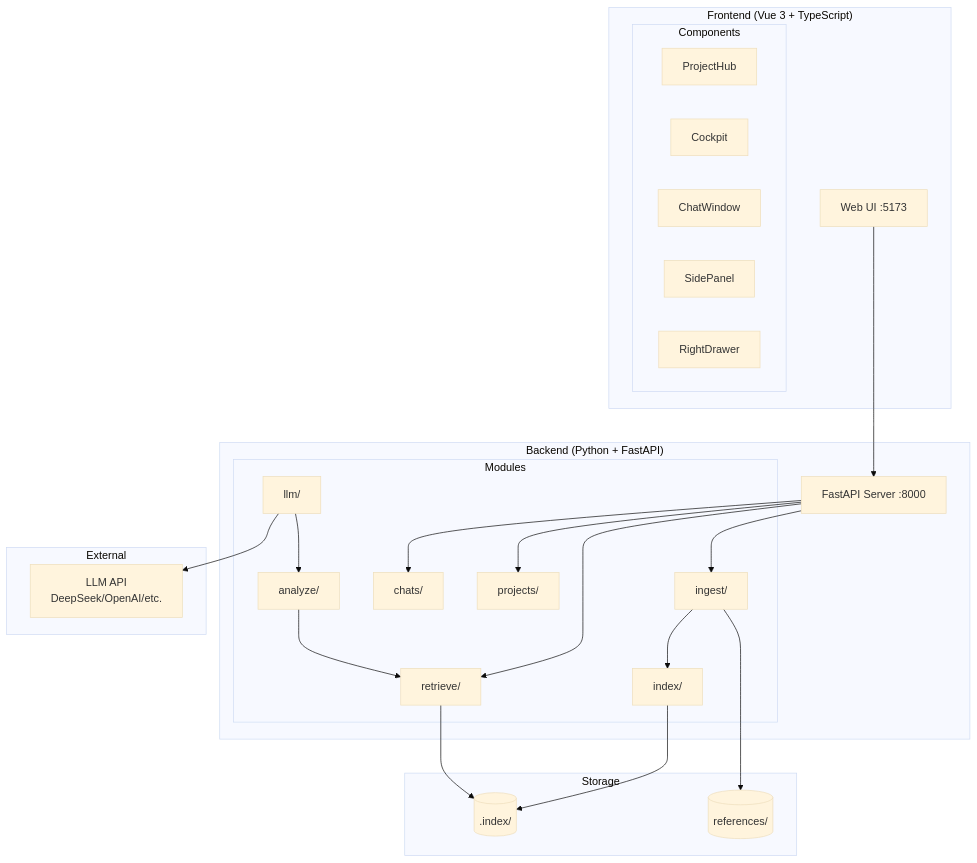
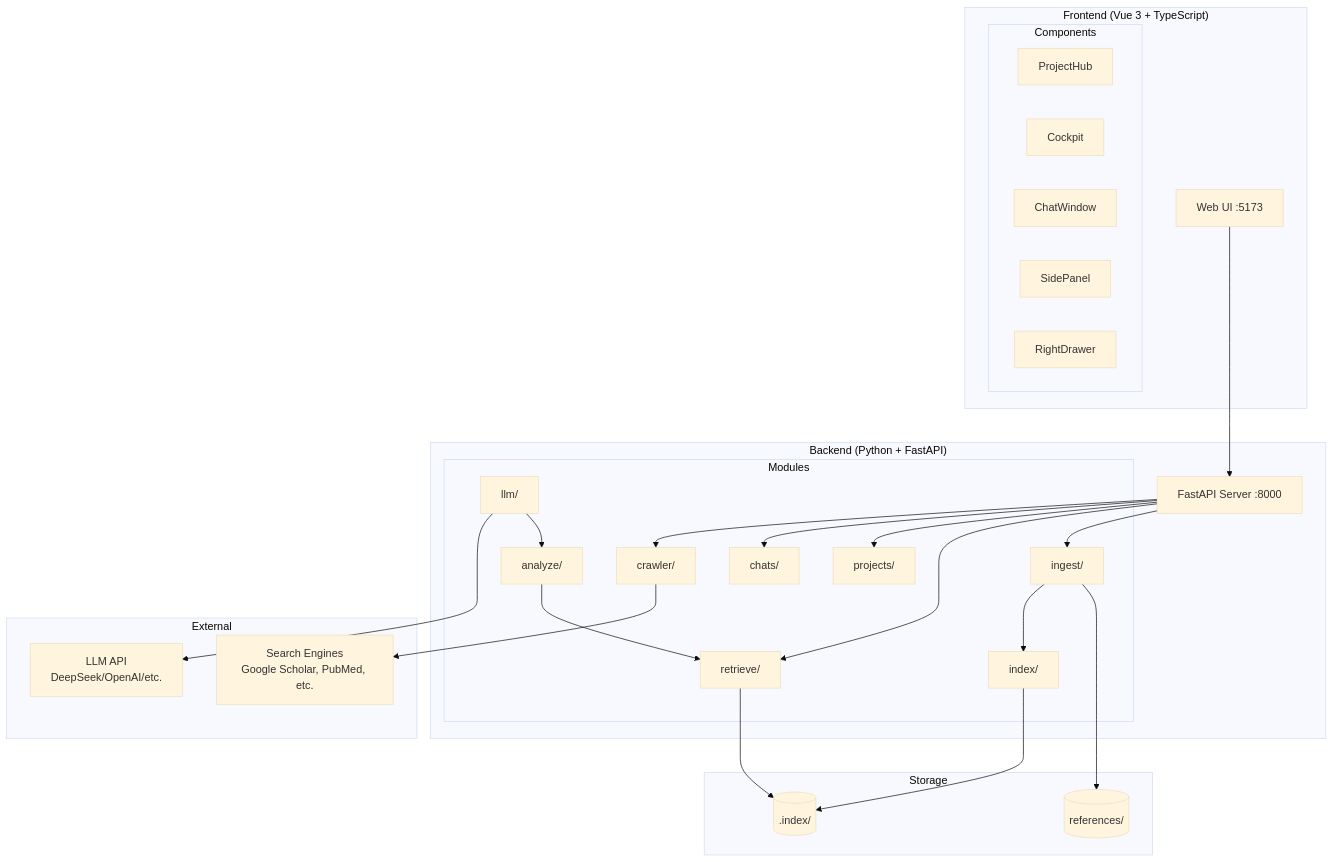
Before and after one commit to Mingye-Lu/ReferenceMiner: the first of 4 diagrams in README.md, drawn with Mermaid (base theme). The commit also changed other lines of this file and 10 other files, not shown here.

````diff
--- a/README.md
+++ b/README.md
@@ -38,48 +76,52 @@
 ```mermaid
 graph TB
     subgraph Frontend["Frontend (Vue 3 + TypeScript)"]
         UI[Web UI :5173]
         subgraph Components
             PH[ProjectHub]
             CP[Cockpit]
             CW[ChatWindow]
             SP[SidePanel]
             RD[RightDrawer]
         end
     end
 
     subgraph Backend["Backend (Python + FastAPI)"]
         API[FastAPI Server :8000]
         subgraph Modules
             ING[ingest/]
             IDX[index/]
             RET[retrieve/]
             ANA[analyze/]
             LLM[llm/]
-            PRJ[projects/]
+            PR[projects/]
             CHT[chats/]
+            CRAW[crawler/]
         end
     end
 
     subgraph Storage
         REF[(references/)]
         IDX_DIR[(.index/)]
     end
 
     subgraph External
         LLMAPI[LLM API<br/>DeepSeek/OpenAI/etc.]
+        CRAWLER[Search Engines<br/>Google Scholar, PubMed, etc.]
     end
 
     UI --> API
     API --> ING
     API --> RET
-    API --> PRJ
+    API --> PR
     API --> CHT
+    API --> CRAW
+    CRAW --> CRAWLER
     ING --> REF
     ING --> IDX
     IDX --> IDX_DIR
     RET --> IDX_DIR
     ANA --> RET
     LLM --> ANA
     LLM --> LLMAPI
 ```
````
